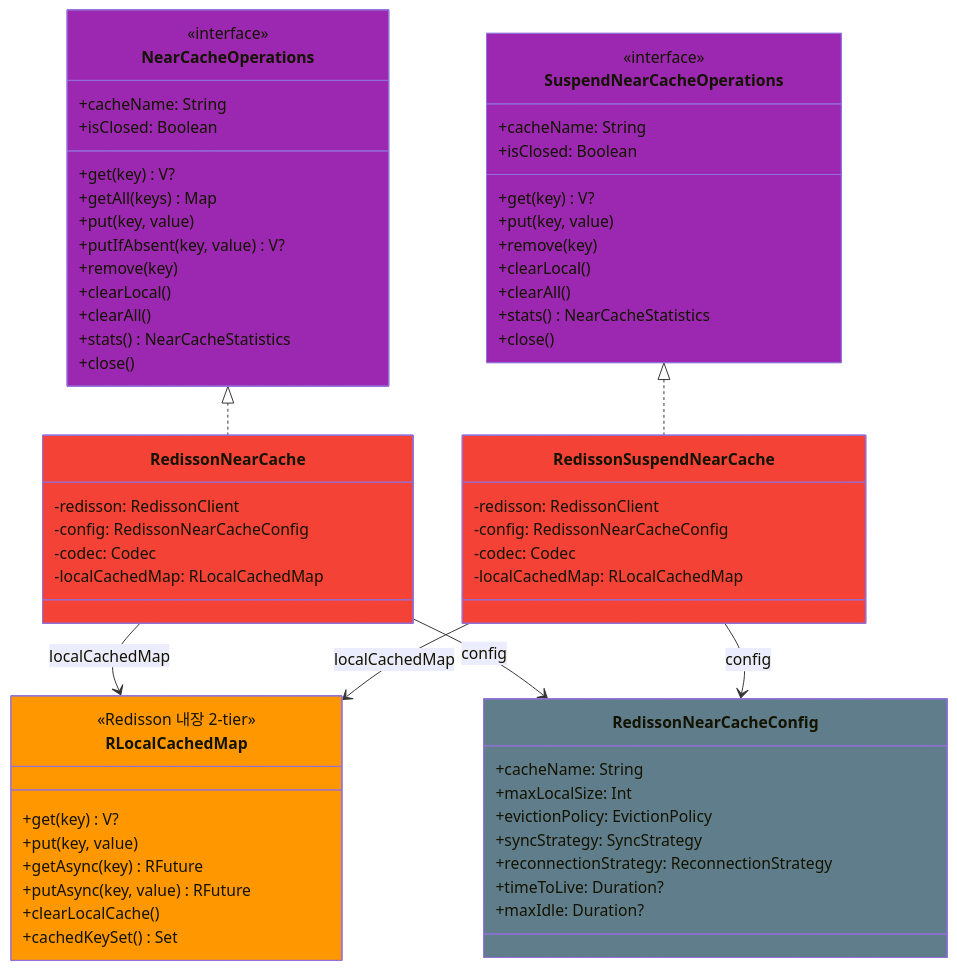
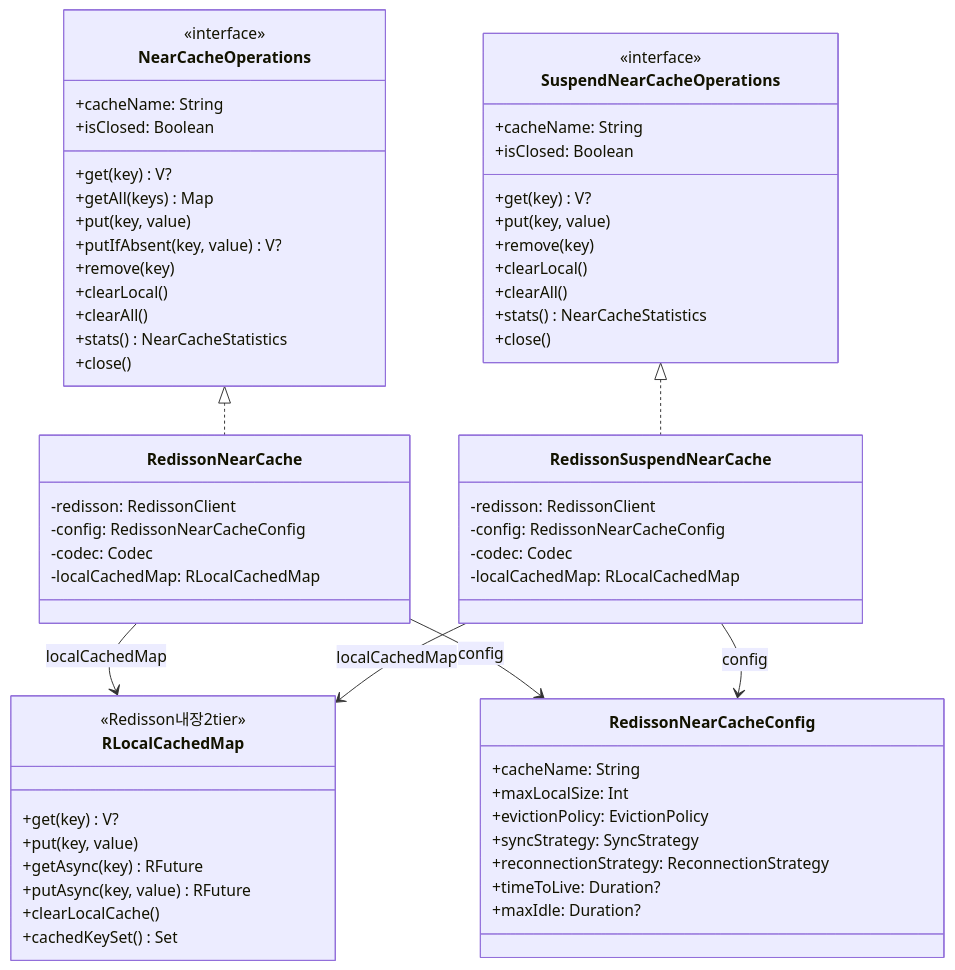
Before and after one commit to bluetape4k/bluetape4k-projects: the first of 3 diagrams in infra/cache-redisson/README.md, drawn with Mermaid. The commit also changed other lines of this file and 95 other files, not shown here.

First line of the commit message:
docs: Mermaid 파서 오류 전체 수정 (IntelliJ IDEA 호환)

````diff
--- a/infra/cache-redisson/README.md
+++ b/infra/cache-redisson/README.md
@@ -64,78 +64,72 @@
 ```mermaid
 classDiagram
-    class NearCacheOperations:::abstractStyle {
+    class NearCacheOperations {
         <<interface>>
         +cacheName: String
         +isClosed: Boolean
         +get(key) V?
         +getAll(keys) Map
         +put(key, value)
         +putIfAbsent(key, value) V?
         +remove(key)
         +clearLocal()
         +clearAll()
         +stats() NearCacheStatistics
         +close()
     }
 
-    class SuspendNearCacheOperations:::abstractStyle {
+    class SuspendNearCacheOperations {
         <<interface>>
         +cacheName: String
         +isClosed: Boolean
         +get(key) V?
         +put(key, value)
         +remove(key)
         +clearLocal()
         +clearAll()
         +stats() NearCacheStatistics
         +close()
     }
 
-    class RedissonNearCache:::cacheStyle {
+    class RedissonNearCache {
         -redisson: RedissonClient
         -config: RedissonNearCacheConfig
         -codec: Codec
         -localCachedMap: RLocalCachedMap
     }
 
-    class RedissonSuspendNearCache:::cacheStyle {
+    class RedissonSuspendNearCache {
         -redisson: RedissonClient
         -config: RedissonNearCacheConfig
         -codec: Codec
         -localCachedMap: RLocalCachedMap
     }
 
-    class RedissonNearCacheConfig:::infraStyle {
+    class RedissonNearCacheConfig {
         +cacheName: String
         +maxLocalSize: Int
         +evictionPolicy: EvictionPolicy
         +syncStrategy: SyncStrategy
         +reconnectionStrategy: ReconnectionStrategy
         +timeToLive: Duration?
         +maxIdle: Duration?
     }
 
-    class RLocalCachedMap:::redisStyle {
-        <<Redisson 내장 2-tier>>
+    class RLocalCachedMap {
+        <<Redisson내장2tier>>
         +get(key) V?
         +put(key, value)
         +getAsync(key) RFuture
         +putAsync(key, value) RFuture
         +clearLocalCache()
         +cachedKeySet() Set
     }
 
     NearCacheOperations <|.. RedissonNearCache
     SuspendNearCacheOperations <|.. RedissonSuspendNearCache
     RedissonNearCache --> RLocalCachedMap: localCachedMap
     RedissonNearCache --> RedissonNearCacheConfig: config
     RedissonSuspendNearCache --> RLocalCachedMap: localCachedMap
     RedissonSuspendNearCache --> RedissonNearCacheConfig: config
 
-    classDef cacheStyle   fill:#F44336
-    classDef redisStyle   fill:#FF9800
-    classDef infraStyle   fill:#607D8B
-    classDef clientStyle  fill:#2196F3
-    classDef abstractStyle fill:#9C27B0
-    classDef serviceStyle fill:#4CAF50
 ```
````
